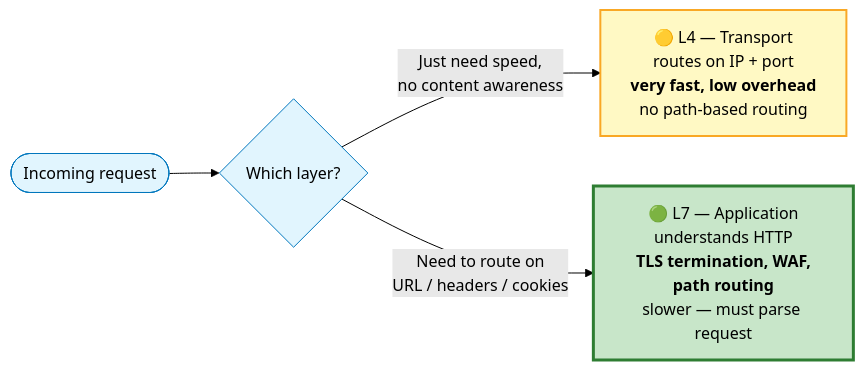
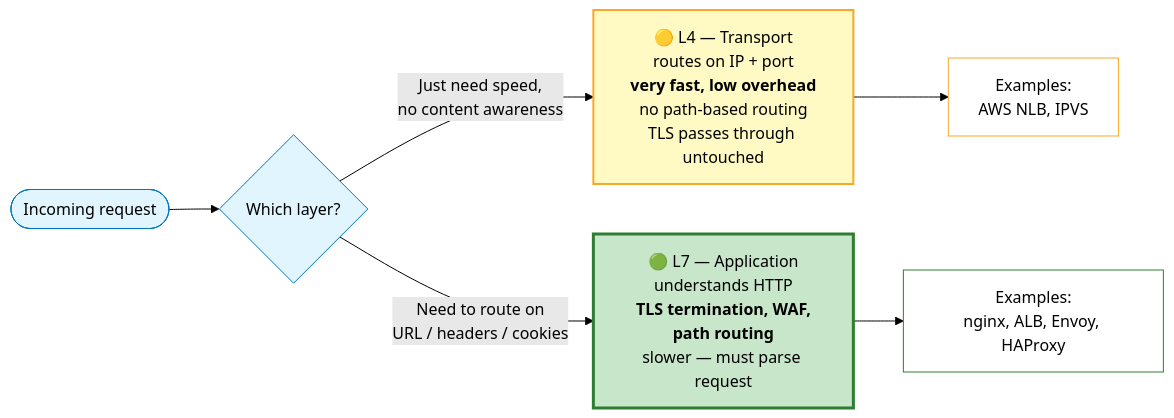
Before and after one commit to stormdigger/Interviewzz: the sixth of 27 diagrams in 05-system-design/00-fundamentals.md, drawn with Mermaid (forest theme). The commit also changed other lines of this file and 5 other files, not shown here.

````diff
--- a/05-system-design/00-fundamentals.md
+++ b/05-system-design/00-fundamentals.md
@@ -249,11 +231,15 @@
 ```mermaid
 flowchart LR
     Req(["Incoming request"]) --> Choice{"Which layer?"}
-    Choice -->|"Just need speed,<br/>no content awareness"| L4["🟡 L4 — Transport<br/>routes on IP + port<br/><b>very fast, low overhead</b><br/>no path-based routing"]
+    Choice -->|"Just need speed,<br/>no content awareness"| L4["🟡 L4 — Transport<br/>routes on IP + port<br/><b>very fast, low overhead</b><br/>no path-based routing<br/>TLS passes through untouched"]
     Choice -->|"Need to route on<br/>URL / headers / cookies"| L7["🟢 L7 — Application<br/>understands HTTP<br/><b>TLS termination, WAF,<br/>path routing</b><br/>slower — must parse request"]
+    L4 --> L4ex["Examples:<br/>AWS NLB, IPVS"]
+    L7 --> L7ex["Examples:<br/>nginx, ALB, Envoy, HAProxy"]
 
     style Req fill:#e1f5fe,stroke:#0277bd,color:#000
     style Choice fill:#e1f5fe,stroke:#0277bd,color:#000
     style L4 fill:#fff9c4,stroke:#f9a825,stroke-width:2px,color:#000
     style L7 fill:#c8e6c9,stroke:#2e7d32,stroke-width:3px,color:#000
+    style L4ex fill:#fff,stroke:#f9a825,color:#000
+    style L7ex fill:#fff,stroke:#2e7d32,color:#000
 ```
````
